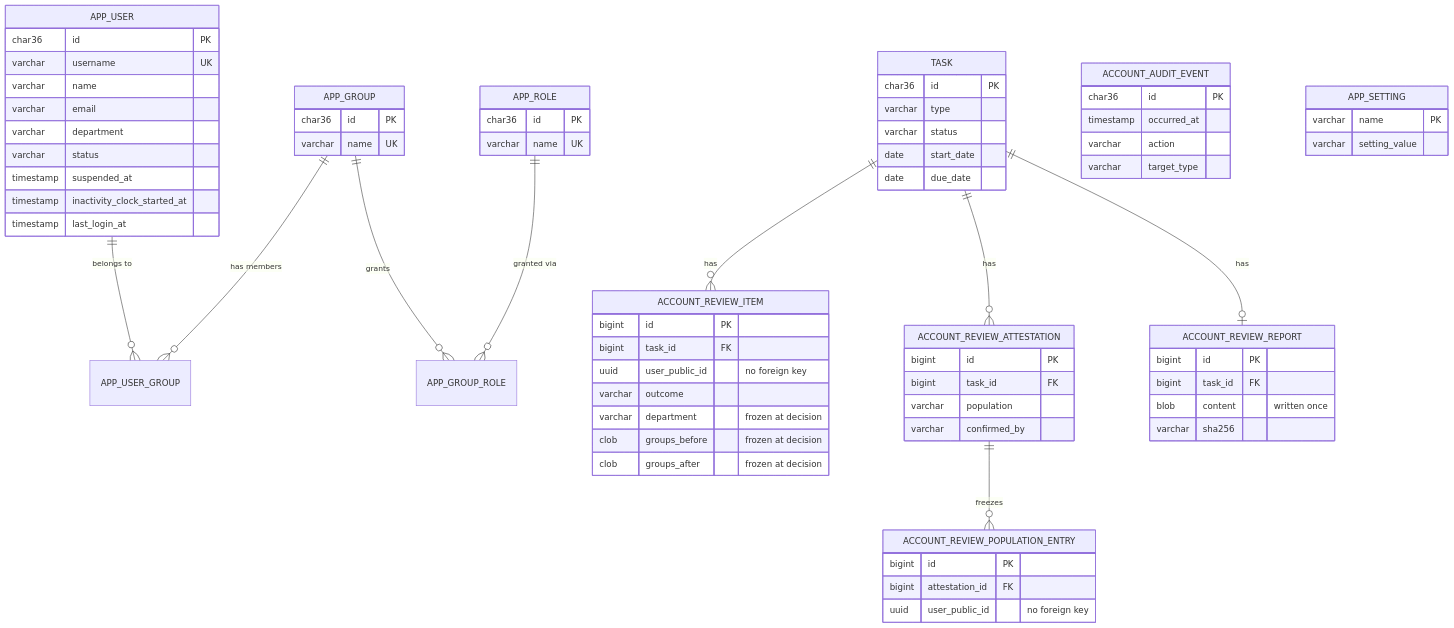
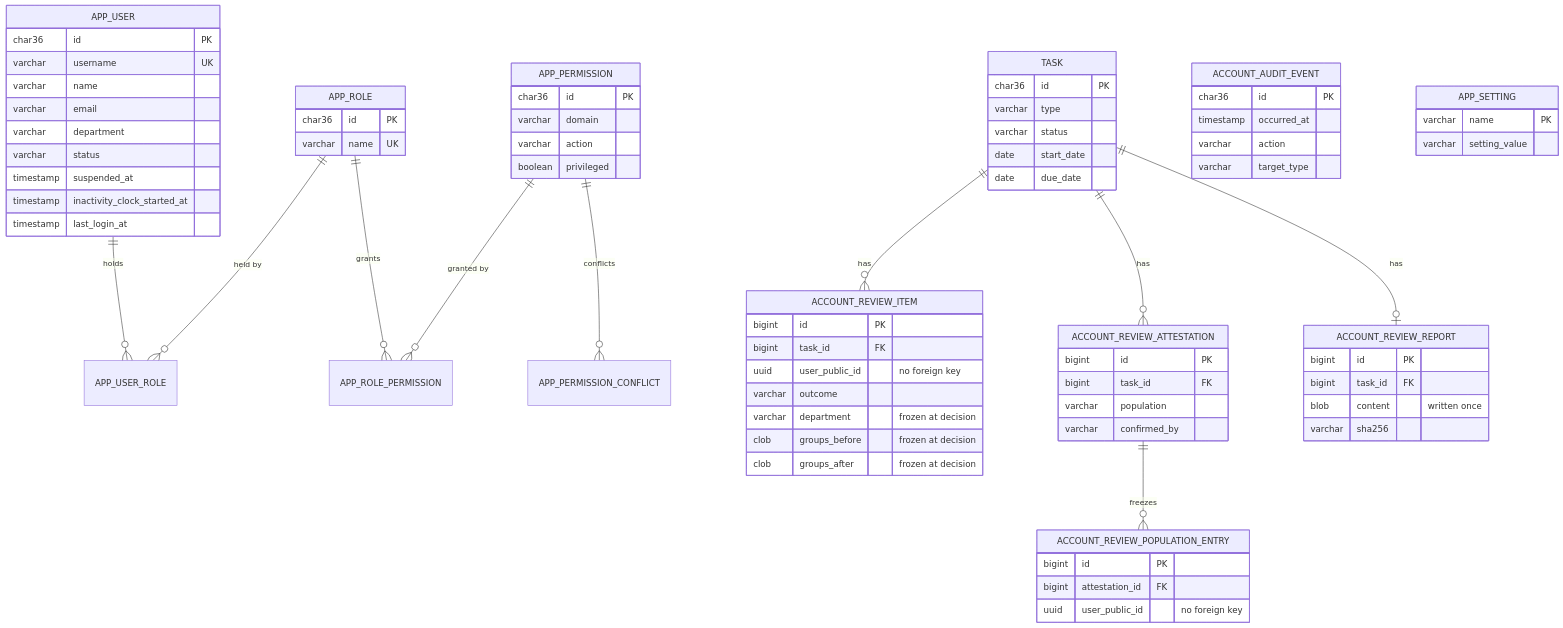
The third of 4 diagrams in docs/system-design/05-building-block-view.md (justin-tay/java-app-web-api-server-template), drawn with Mermaid before and after one commit. The commit also changed other lines of this file and 29 other files, not shown here.

Commit message:
docs: describe the user, role, permission model and the privileged account review

````diff
--- a/docs/system-design/05-building-block-view.md
+++ b/docs/system-design/05-building-block-view.md
@@ -138,74 +138,77 @@
 ```mermaid
 erDiagram
-    APP_USER ||--o{ APP_USER_GROUP : "belongs to"
-    APP_GROUP ||--o{ APP_USER_GROUP : "has members"
-    APP_GROUP ||--o{ APP_GROUP_ROLE : "grants"
-    APP_ROLE ||--o{ APP_GROUP_ROLE : "granted via"
+    APP_USER ||--o{ APP_USER_ROLE : "holds"
+    APP_ROLE ||--o{ APP_USER_ROLE : "held by"
+    APP_ROLE ||--o{ APP_ROLE_PERMISSION : "grants"
+    APP_PERMISSION ||--o{ APP_ROLE_PERMISSION : "granted by"
+    APP_PERMISSION ||--o{ APP_PERMISSION_CONFLICT : "conflicts"
     TASK ||--o{ ACCOUNT_REVIEW_ITEM : "has"
     TASK ||--o{ ACCOUNT_REVIEW_ATTESTATION : "has"
     TASK ||--o| ACCOUNT_REVIEW_REPORT : "has"
     ACCOUNT_REVIEW_ATTESTATION ||--o{ ACCOUNT_REVIEW_POPULATION_ENTRY : "freezes"
 
     APP_USER {
         char36 id PK
         varchar username UK
         varchar name
         varchar email
         varchar department
         varchar status
         timestamp suspended_at
         timestamp inactivity_clock_started_at
         timestamp last_login_at
     }
-    APP_GROUP {
+    APP_ROLE {
         char36 id PK
         varchar name UK
     }
-    APP_ROLE {
+    APP_PERMISSION {
         char36 id PK
-        varchar name UK
+        varchar domain
+        varchar action
+        boolean privileged
     }
     TASK {
         char36 id PK
         varchar type
         varchar status
         date start_date
         date due_date
     }
     ACCOUNT_REVIEW_ITEM {
         bigint id PK
         bigint task_id FK
         uuid user_public_id "no foreign key"
         varchar outcome
         varchar department "frozen at decision"
         clob groups_before "frozen at decision"
         clob groups_after "frozen at decision"
     }
     ACCOUNT_REVIEW_ATTESTATION {
         bigint id PK
         bigint task_id FK
         varchar population
         varchar confirmed_by
     }
     ACCOUNT_REVIEW_POPULATION_ENTRY {
         bigint id PK
         bigint attestation_id FK
         uuid user_public_id "no foreign key"
     }
     ACCOUNT_REVIEW_REPORT {
         bigint id PK
         bigint task_id FK
         blob content "written once"
         varchar sha256
     }
     ACCOUNT_AUDIT_EVENT {
         char36 id PK
         timestamp occurred_at
         varchar action
         varchar target_type
     }
     APP_SETTING {
         varchar name PK
         varchar setting_value
     }
 ```
````
